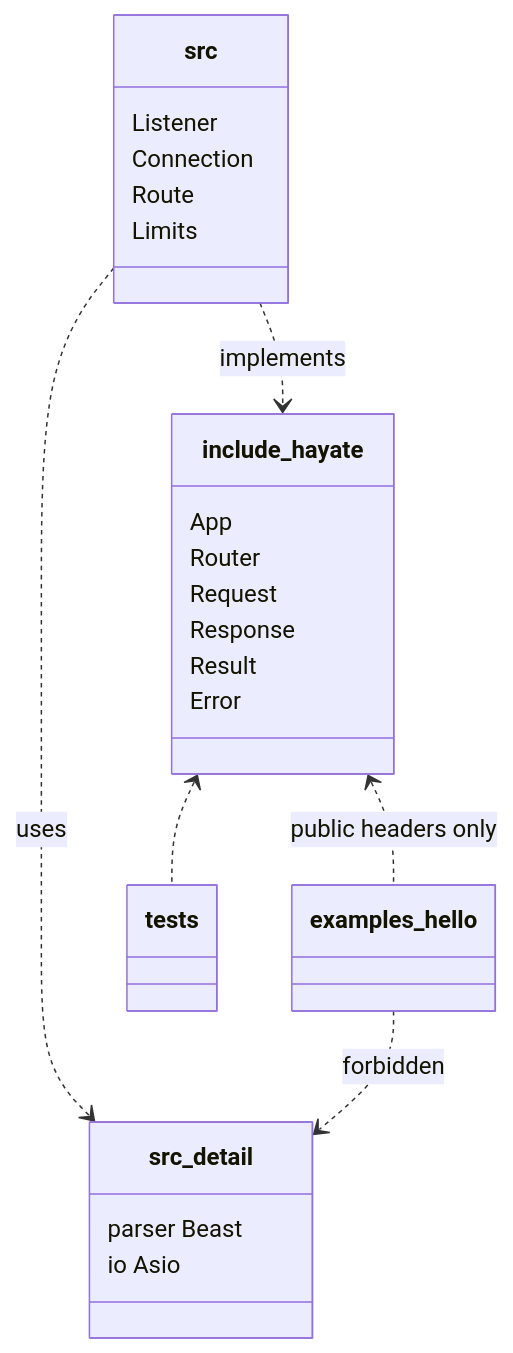
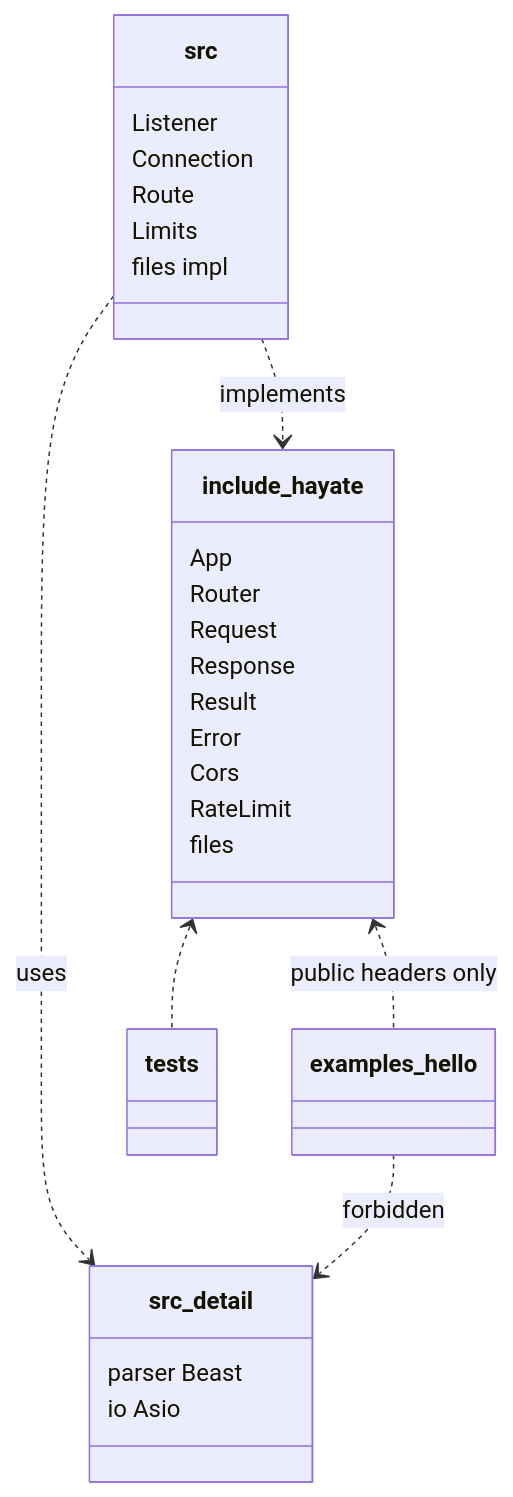
One commit to SilentMalachite/Hayate changed the second of 4 diagrams in docs/UML.md. Above: the diagram before and after it, drawn with Mermaid. The commit also changed other lines of this file and 1 other file, not shown here.

First line of the commit message:
docs: sync ER and UML with the accepted Phase 2 scope

````diff
--- a/docs/UML.md
+++ b/docs/UML.md
@@ -147,29 +166,33 @@
 ```mermaid
 classDiagram
     class include_hayate {
         App
         Router
         Request
         Response
         Result
         Error
+        Cors
+        RateLimit
+        files
     }
     class src {
         Listener
         Connection
         Route
         Limits
+        files impl
     }
     class src_detail {
         parser Beast
         io Asio
     }
     class examples_hello
     class tests
 
     include_hayate <.. examples_hello : public headers only
     include_hayate <.. tests
     src ..> include_hayate : implements
     src ..> src_detail : uses
     examples_hello ..> src_detail : forbidden
 ```
````
